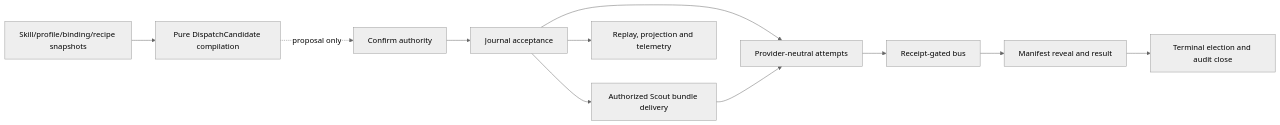
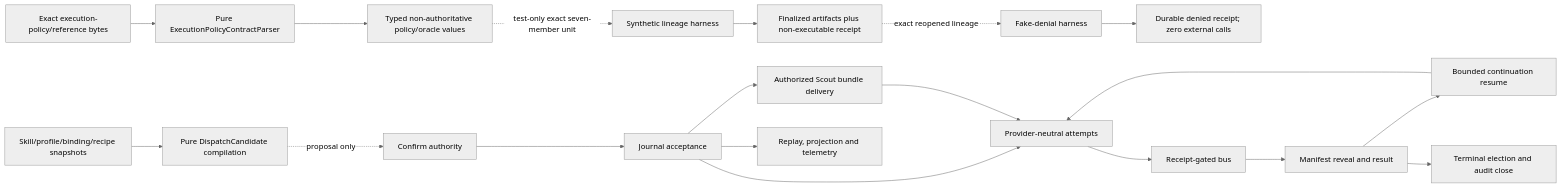
The diagram in docs/features/agents-communication-infra/specs/SPEC.md (VictorBoscaro/cyberalchemy-orchestrator), drawn with Mermaid (neutral theme) before and after one commit. The commit also changed other lines of this file and 151 other files, not shown here.

First line of the commit message:
feat: add durable ACI continuation and policy controls

````diff
--- a/docs/features/agents-communication-infra/specs/SPEC.md
+++ b/docs/features/agents-communication-infra/specs/SPEC.md
@@ -103,13 +112,21 @@
 ```mermaid
 flowchart LR
+  EP[Exact execution-policy/reference bytes] --> EPP[Pure ExecutionPolicyContractParser]
+  EPP --> EPV[Typed non-authoritative policy/oracle values]
+  EPV -. test-only exact seven-member unit .-> EPL[Synthetic lineage harness]
+  EPL --> EPA[Finalized artifacts plus non-executable receipt]
+  EPA -. exact reopened lineage .-> EPD[Fake-denial harness]
+  EPD --> EPR[Durable denied receipt; zero external calls]
   K[Skill/profile/binding/recipe snapshots] --> D[Pure DispatchCandidate compilation]
   D -. proposal only .-> C
   C[Confirm authority] --> J[Journal acceptance]
   J --> A[Provider-neutral attempts]
   J --> S[Authorized Scout bundle delivery]
   S --> A
   A --> B[Receipt-gated bus]
   B --> R[Manifest reveal and result]
+  R --> Q[Bounded continuation resume]
+  Q --> A
   R --> X[Terminal election and audit close]
   J --> P[Replay, projection and telemetry]
 ```
````
